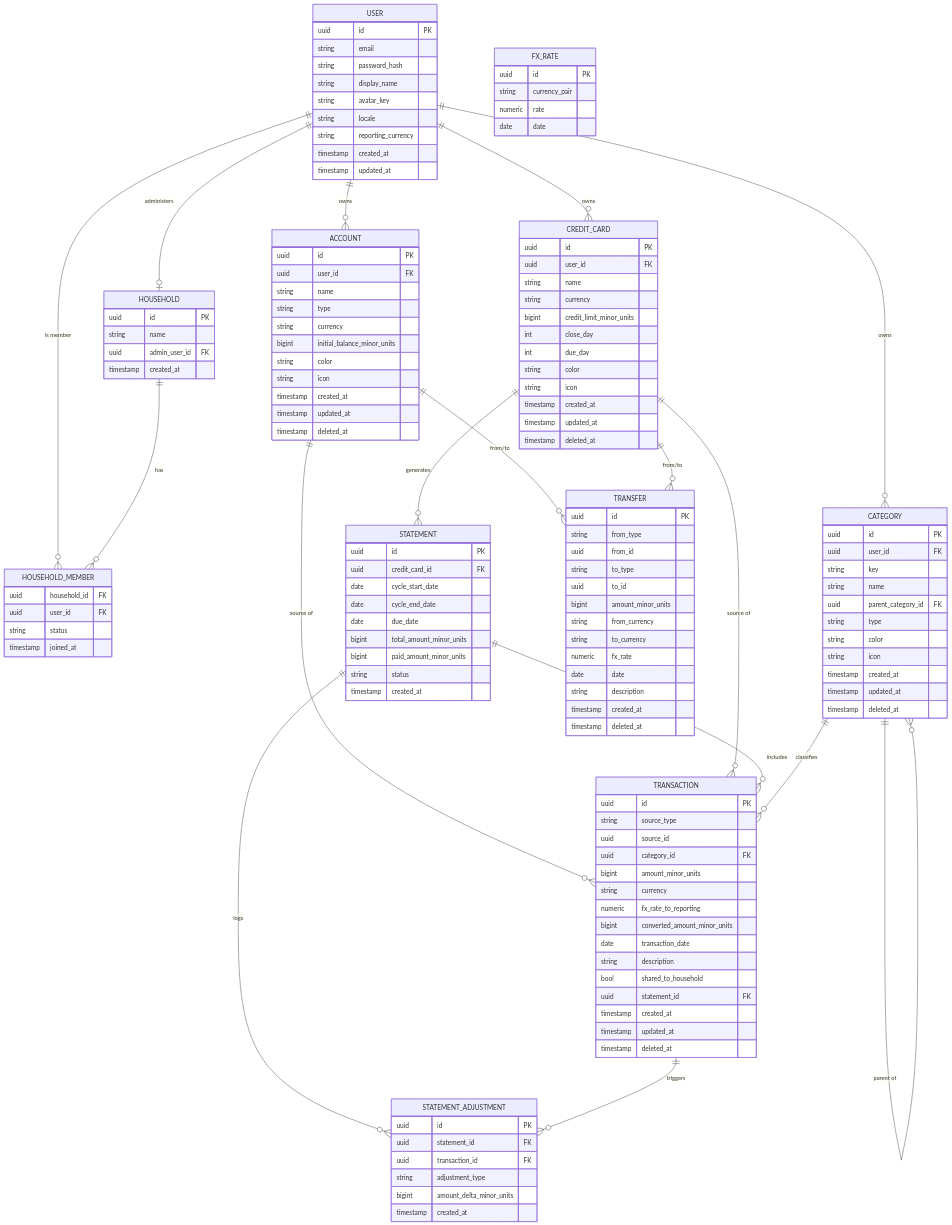
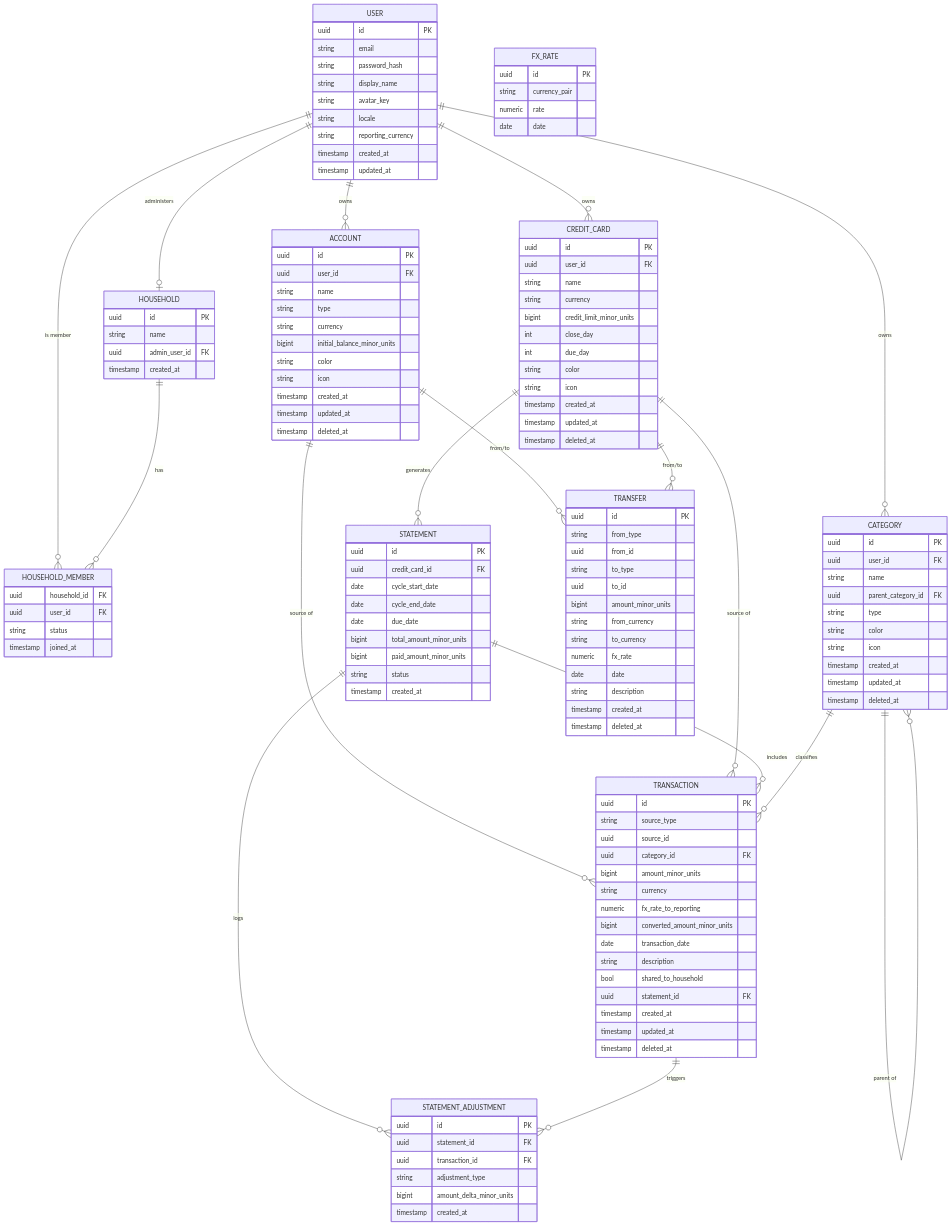
Before and after one commit to tally-finance-app/backend: the diagram in .docs/er-diagram.md, drawn with Mermaid. The commit also changed 2 other files, not shown here.

Commit message:
TALLY-85: drop Category.key, reconcile category ownership docs
Category.key's original purpose (frontend maps a stable key to a
runtime-localized label) belonged to a shared/global category model.
The confirmed design is per-user cloned categories translated once
server-side at seed time, with no runtime translation lookup to key
off of — so the column and field are removed.

Also corrects requirements-and-domain-model.md, which had drifted
from CLAUDE.md and the ER diagram by still describing categories as
system-provided/shared/global with a deferred CategoryPreference
overlay.

```diff
--- a/.docs/er-diagram.md
+++ b/.docs/er-diagram.md
@@ -142,7 +142,6 @@
     CATEGORY {
         uuid id PK
         uuid user_id FK
-        string key
         string name
         uuid parent_category_id FK
         string type
```
